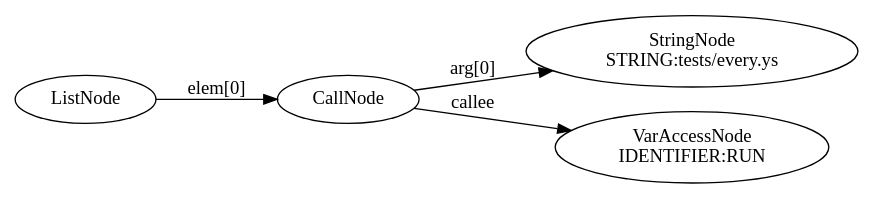
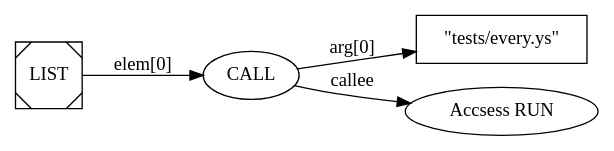
One commit to xXrederXx/YSharp changed the diagram in DOT/DOT-stdin.dot. Above: the diagram before and after it, drawn with Graphviz. The commit also changed 3 other files, not shown here.

```diff
--- a/DOT/DOT-stdin.dot
+++ b/DOT/DOT-stdin.dot
@@ -1,10 +1,10 @@
 digraph AST {
 rankdir=LR;
-  node0 [label="ListNode"];
-  node1 [label="CallNode"];
-  node2 [label="StringNode\nSTRING:tests/every.ys"];
+  node0 [label="LIST" shape="Msquare"];
+  node1 [label="CALL" shape="ellipse"];
+  node2 [label="\"tests/every.ys\"" shape="rect"];
   node1 -> node2 [label="arg[0]"];
-  node3 [label="VarAccessNode\nIDENTIFIER:RUN"];
+  node3 [label="Accsess RUN" shape="ellipse"];
   node1 -> node3 [label="callee"];
   node0 -> node1 [label="elem[0]"];
 }
```
